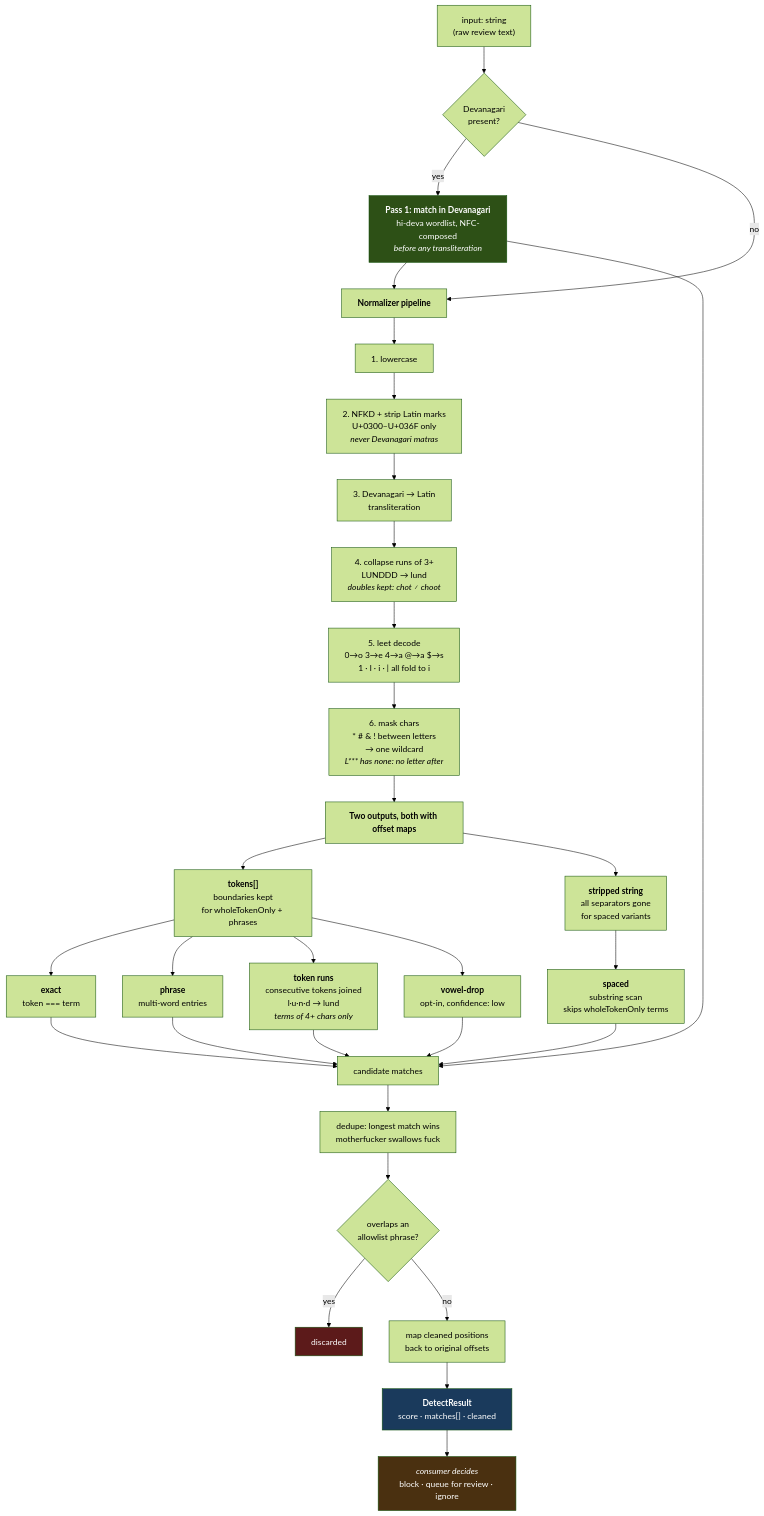
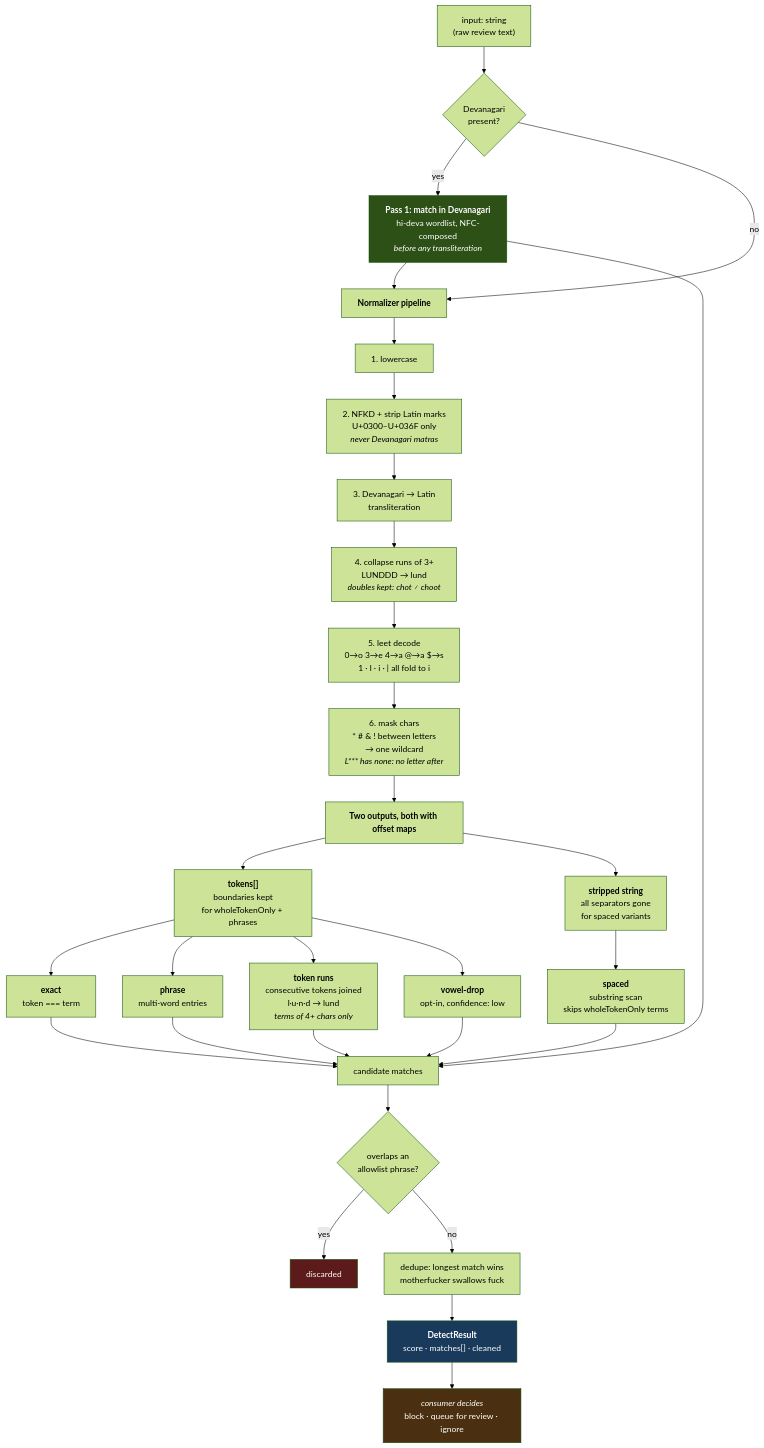
One commit to mathpalnaman/hinglish-profanity changed the first of 2 diagrams in docs/pipeline.md. Above: the diagram before and after it, drawn with Mermaid (forest theme). The commit also changed 8 other files, not shown here.

````diff
--- a/docs/pipeline.md
+++ b/docs/pipeline.md
@@ -9,47 +9,46 @@
 ```mermaid
 flowchart TD
     A["input: string<br/>(raw review text)"] --> B{"Devanagari<br/>present?"}
 
     B -- yes --> C["<b>Pass 1: match in Devanagari</b><br/>hi-deva wordlist, NFC-composed<br/><i>before any transliteration</i>"]
     B -- no --> D
     C --> D["<b>Normalizer pipeline</b>"]
 
     D --> D1["1. lowercase"]
     D1 --> D2["2. NFKD + strip Latin marks<br/>U+0300–U+036F only<br/><i>never Devanagari matras</i>"]
     D2 --> D3["3. Devanagari → Latin<br/>transliteration"]
     D3 --> D4["4. collapse runs of 3+<br/>LUNDDD → lund<br/><i>doubles kept: chot ≠ choot</i>"]
     D4 --> D5["5. leet decode<br/>0→o 3→e 4→a @→a $→s<br/>1 · l · i · | all fold to i"]
     D5 --> D6["6. mask chars<br/>* # & ! between letters<br/>→ one wildcard<br/><i>L*** has none: no letter after</i>"]
     D6 --> E["<b>Two outputs, both with offset maps</b>"]
 
     E --> E1["<b>tokens[]</b><br/>boundaries kept<br/>for wholeTokenOnly + phrases"]
     E --> E2["<b>stripped string</b><br/>all separators gone<br/>for spaced variants"]
 
     E1 --> F1["<b>exact</b><br/>token === term"]
     E1 --> F2["<b>phrase</b><br/>multi-word entries"]
     E1 --> F5["<b>token runs</b><br/>consecutive tokens joined<br/>l·u·n·d → lund<br/><i>terms of 4+ chars only</i>"]
     E2 --> F3["<b>spaced</b><br/>substring scan<br/>skips wholeTokenOnly terms"]
     E1 --> F4["<b>vowel-drop</b><br/>opt-in, confidence: low"]
 
     F1 --> G["candidate matches"]
     F2 --> G
     F3 --> G
     F4 --> G
     F5 --> G
     C --> G
 
-    G --> G2["dedupe: longest match wins<br/>motherfucker swallows fuck"]
-    G2 --> H
+    G --> H
 
     H{"overlaps an<br/>allowlist phrase?"}
     H -- yes --> H1["discarded"]
-    H -- no --> I["map cleaned positions<br/>back to original offsets"]
+    H -- no --> G2["dedupe: longest match wins<br/>motherfucker swallows fuck"]
 
-    I --> J["<b>DetectResult</b><br/>score · matches[] · cleaned"]
+    G2 --> J["<b>DetectResult</b><br/>score · matches[] · cleaned"]
     J --> K["<i>consumer decides</i><br/>block · queue for review · ignore"]
 
     style C fill:#2d5016,color:#fff
     style J fill:#1a3a5c,color:#fff
     style K fill:#4a3010,color:#fff
     style H1 fill:#5c1a1a,color:#fff
 ```
````
